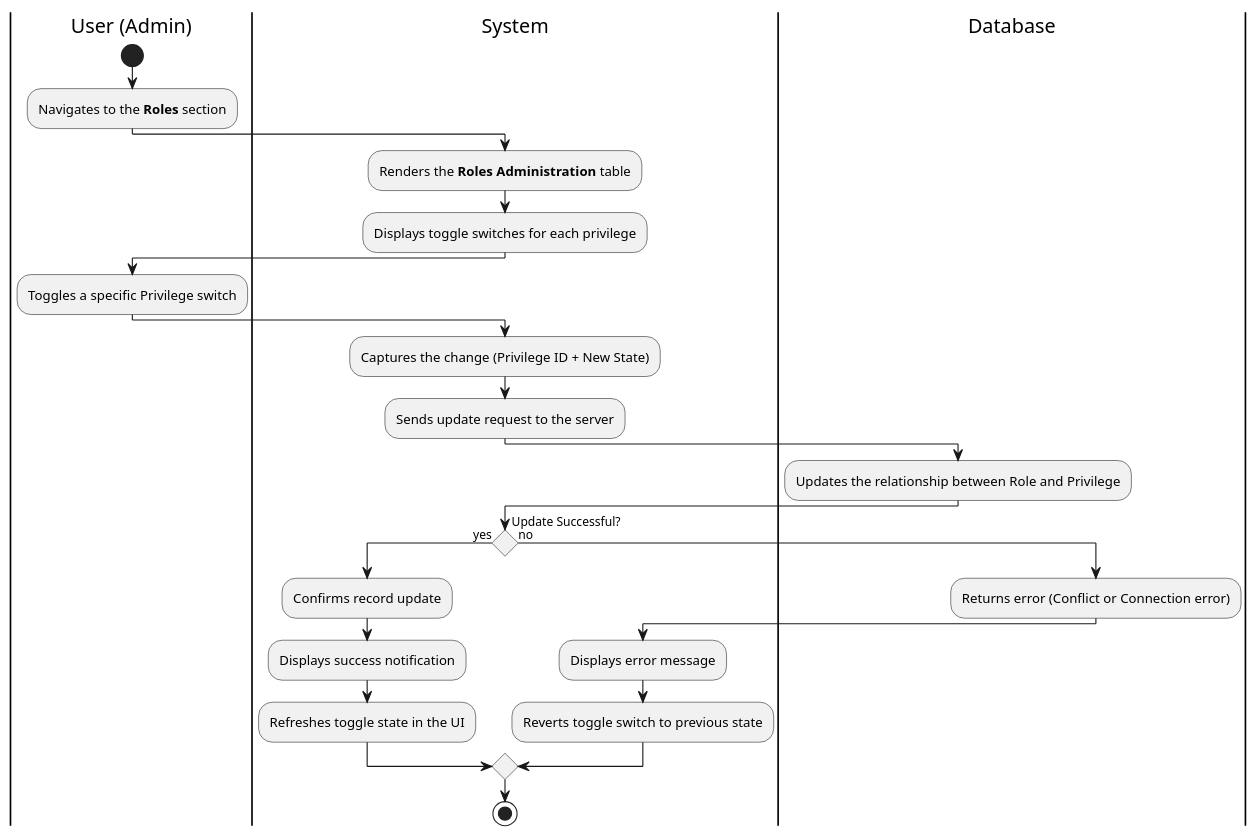
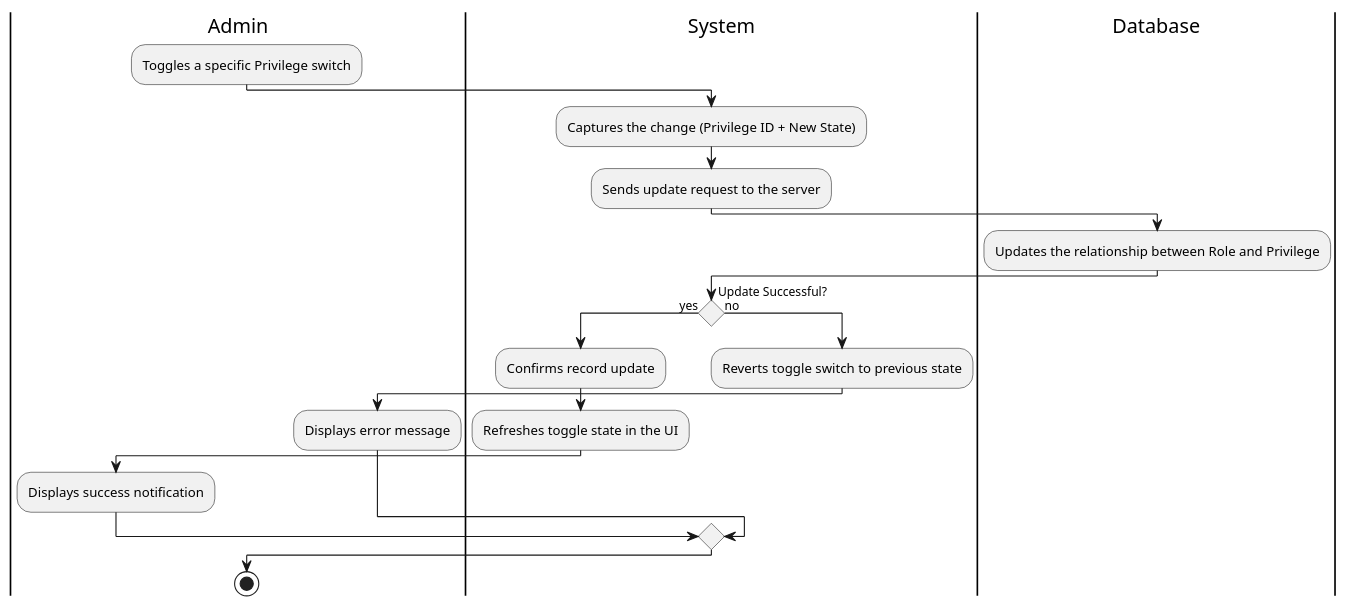
One commit to Berthou05/LimboSoftwareDevelopment_Change.org changed the diagram in documentation/activity_diagrams/ADMIN-04-ActivityDiagram.puml. Above: the diagram before and after it, drawn with PlantUML. The commit also changed 5 other files, not shown here.

```diff
--- a/documentation/activity_diagrams/ADMIN-04-ActivityDiagram.puml
+++ b/documentation/activity_diagrams/ADMIN-04-ActivityDiagram.puml
@@ -1,37 +1,27 @@
 @startuml
 skinparam conditionStyle diamond
 
-|User (Admin)|
-start
-:Navigates to the **Roles** section;
-
-|System|
-:Renders the **Roles Administration** table;
-:Displays toggle switches for each privilege;
-
-|User (Admin)|
+|Admin|
 :Toggles a specific Privilege switch;
 
 |System|
 :Captures the change (Privilege ID + New State);
 :Sends update request to the server;
 
 |Database|
 :Updates the relationship between Role and Privilege;
 
 |System|
 if (Update Successful?) then (yes)
     :Confirms record update;
+    :Refreshes toggle state in the UI;
+    |Admin|
+    :Displays success notification;
+else (no)
     |System|
-    :Displays success notification;
-    :Refreshes toggle state in the UI;
-else (no)
-    |Database|
-    :Returns error (Conflict or Connection error);
-    |System|
+    :Reverts toggle switch to previous state;
+    |Admin|
     :Displays error message;
-    :Reverts toggle switch to previous state;
 endif
-
 stop
 @enduml
```
